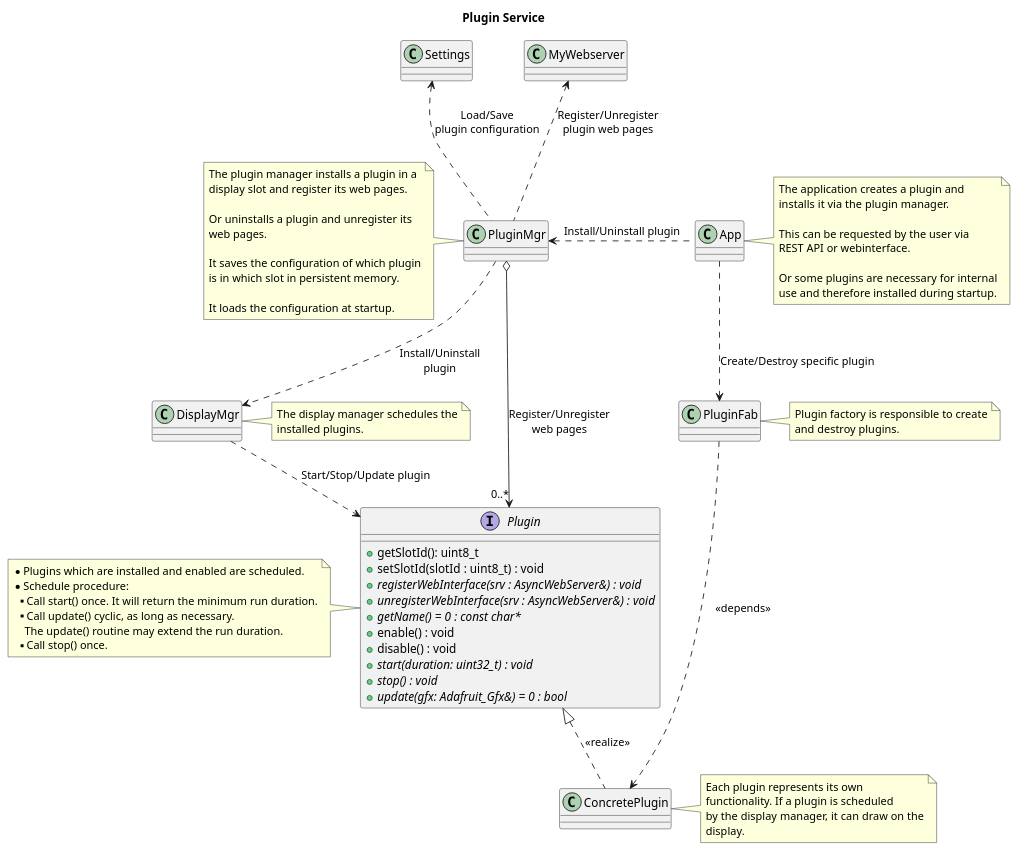
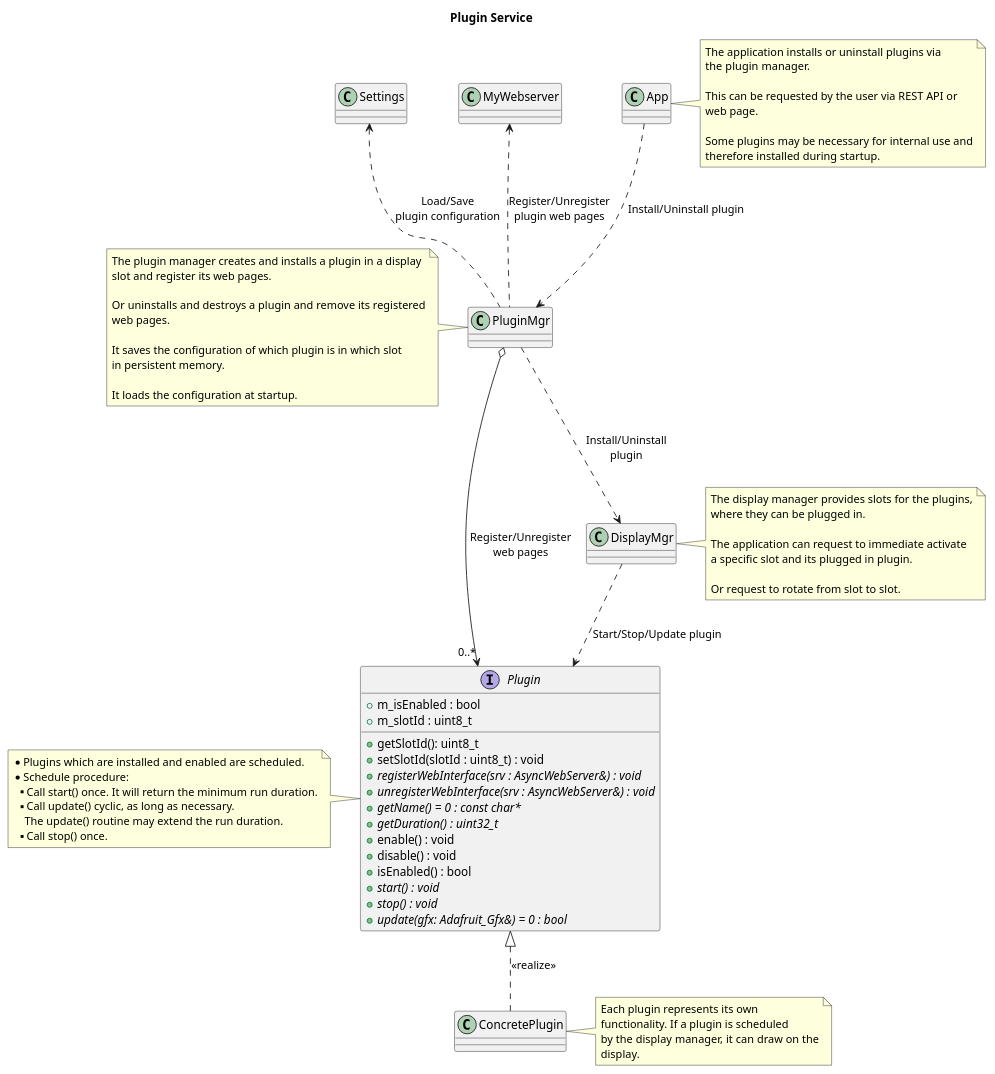
The diagram in doc/design/plugin-service.plantuml (BlueAndi/Pixelix), drawn with PlantUML before and after one commit. The commit also changed 3 other files, not shown here.

```diff
--- a/doc/design/plugin-service.plantuml
+++ b/doc/design/plugin-service.plantuml
@@ -1,91 +1,91 @@
 @startuml
 
 title Plugin Service
 
 interface "Plugin" as plugin {
 
+    + m_isEnabled : bool
+    + m_slotId : uint8_t
     + getSlotId(): uint8_t
     + setSlotId(slotId : uint8_t) : void
     + {abstract} registerWebInterface(srv : AsyncWebServer&) : void
     + {abstract} unregisterWebInterface(srv : AsyncWebServer&) : void
     + {abstract} getName() = 0 : const char*
+    + {abstract} getDuration() : uint32_t
     + enable() : void
     + disable() : void
-    + {abstract} start(duration: uint32_t) : void
+    + isEnabled() : bool
+    + {abstract} start() : void
     + {abstract} stop() : void
     + {abstract} update(gfx: Adafruit_Gfx&) = 0 : bool
 }
 
 note left of plugin
     * Plugins which are installed and enabled are scheduled.
     * Schedule procedure:
     ** Call start() once. It will return the minimum run duration.
     ** Call update() cyclic, as long as necessary.
         The update() routine may extend the run duration.
     ** Call stop() once.
 end note
 
-class "PluginFab" as pluginFab
 class "PluginMgr" as pluginMgr
 class "DisplayMgr" as displayMgr
 class "MyWebserver" as myWebserver
 class "App" as app
 class "ConcretePlugin" as concretePlugin
 class "Settings" as settings
 
-app ..> pluginFab: Create/Destroy specific plugin
-app .l.> pluginMgr: Install/Uninstall plugin
+app ..> pluginMgr: Install/Uninstall plugin
 
 note right of app
-    The application creates a plugin and
-    installs it via the plugin manager.
+    The application installs or uninstall plugins via
+    the plugin manager.
     
-    This can be requested by the user via
-    REST API or webinterface.
+    This can be requested by the user via REST API or
+    web page.
 
-    Or some plugins are necessary for internal
-    use and therefore installed during startup.
-end note
-
-pluginFab ..> concretePlugin: <<depends>>
-
-note right of pluginFab
-    Plugin factory is responsible to create
-    and destroy plugins.
+    Some plugins may be necessary for internal use and
+    therefore installed during startup.
 end note
 
 plugin <|.. concretePlugin: <<realize>>
 
 note right of concretePlugin
     Each plugin represents its own
     functionality. If a plugin is scheduled
     by the display manager, it can draw on the
     display.
 end note
 
 displayMgr ..> plugin: Start/Stop/Update plugin
 
 note right of displayMgr
-    The display manager schedules the
-    installed plugins.
+    The display manager provides slots for the plugins,
+    where they can be plugged in.
+
+    The application can request to immediate activate
+    a specific slot and its plugged in plugin.
+
+    Or request to rotate from slot to slot.
 end note
 
 pluginMgr ..> displayMgr: Install/Uninstall\nplugin
 pluginMgr o--> "0..*" plugin: Register/Unregister\nweb pages
 pluginMgr .u.> myWebserver: Register/Unregister\nplugin web pages
 pluginMgr .u.> settings: Load/Save\nplugin configuration
 
 note left of pluginMgr
-    The plugin manager installs a plugin in a
-    display slot and register its web pages.
+    The plugin manager creates and installs a plugin in a display
+    slot and register its web pages.
     
-    Or uninstalls a plugin and unregister its
+    Or uninstalls and destroys a plugin and remove its registered
     web pages.
     
-    It saves the configuration of which plugin
-    is in which slot in persistent memory.
+    It saves the configuration of which plugin is in which slot
+    in persistent memory.
     
     It loads the configuration at startup.
 end note
 
 @enduml
```
